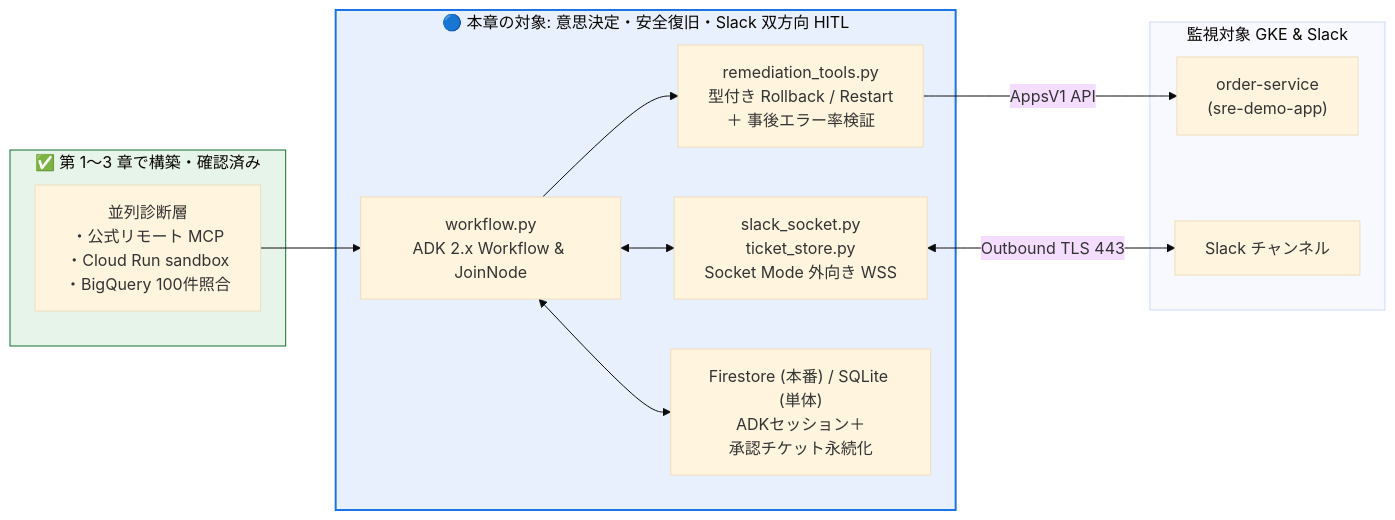
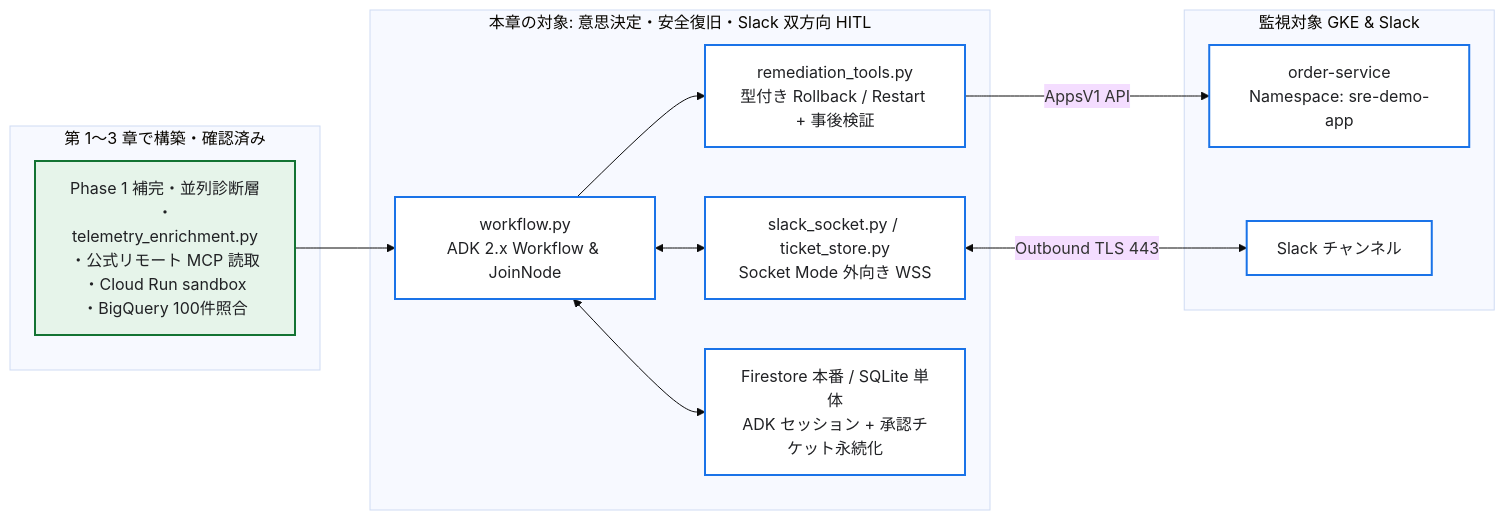
One commit to tyorikan/agentic-sre-handson changed the first of 4 diagrams in docs/04-auto-remediation-and-slack-hitl.md. Above: the diagram before and after it, drawn with Mermaid (base theme). The commit also changed other lines of this file and 26 other files, not shown here.

Commit message:
docs: プロダクトアイコン付き構成図・シーケンス図 PNG (全19図) の追加と折りたたみ Mermaid 定義の精緻化

````diff
--- a/docs/04-auto-remediation-and-slack-hitl.md
+++ b/docs/04-auto-remediation-and-slack-hitl.md
@@ -12,28 +17,30 @@
 ```mermaid
 flowchart LR
-    subgraph Prev["✅ 第 1〜3 章で構築・確認済み"]
-        Diag["並列診断層<br/>・公式リモート MCP<br/>・Cloud Run sandbox<br/>・BigQuery 100件照合"]
+    subgraph Prev["第 1〜3 章で構築・確認済み"]
+        Diag["Phase 1 補完・並列診断層<br/>・telemetry_enrichment.py<br/>・公式リモート MCP 読取<br/>・Cloud Run sandbox<br/>・BigQuery 100件照合"]
     end
 
-    subgraph Now["🔵 本章の対象: 意思決定・安全復旧・Slack 双方向 HITL"]
+    subgraph Now["本章の対象: 意思決定・安全復旧・Slack 双方向 HITL"]
         WF["workflow.py<br/>ADK 2.x Workflow & JoinNode"]
-        Rem["remediation_tools.py<br/>型付き Rollback / Restart<br/>＋ 事後エラー率検証"]
-        SlackMod["slack_socket.py<br/>ticket_store.py<br/>Socket Mode 外向き WSS"]
-        DB["Firestore (本番) / SQLite (単体)<br/>ADKセッション＋<br/>承認チケット永続化"]
-        WF <--> DB
+        Rem["remediation_tools.py<br/>型付き Rollback / Restart + 事後検証"]
+        SlackMod["slack_socket.py / ticket_store.py<br/>Socket Mode 外向き WSS"]
+        DB["Firestore 本番 / SQLite 単体<br/>ADK セッション + 承認チケット永続化"]
         WF --> Rem
         WF <--> SlackMod
+        WF <--> DB
     end
 
     subgraph Target["監視対象 GKE & Slack"]
-        GKE["order-service<br/>(sre-demo-app)"]
+        GKE["order-service<br/>Namespace: sre-demo-app"]
         SlackUI["Slack チャンネル"]
     end
 
     Diag --> WF
     Rem -->|"AppsV1 API"| GKE
     SlackMod <-->|"Outbound TLS 443"| SlackUI
 
-    style Prev fill:#e6f4ea,stroke:#137333
-    style Now fill:#e8f0fe,stroke:#1a73e8,stroke-width:2px
+    classDef done fill:#e6f4ea,stroke:#137333,stroke-width:2px,color:#202124;
+    classDef cur fill:#ffffff,stroke:#1a73e8,stroke-width:2px,color:#202124;
+    class Diag done;
+    class WF,Rem,SlackMod,DB,GKE,SlackUI cur;
 ```
````
